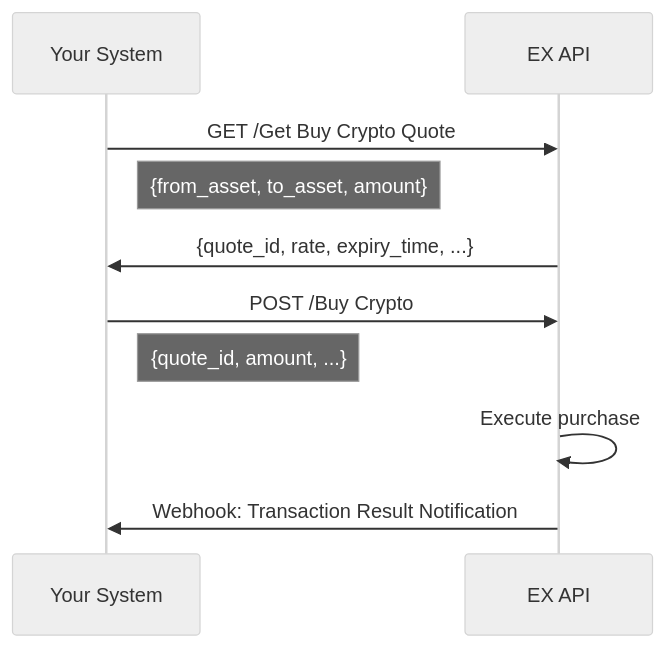
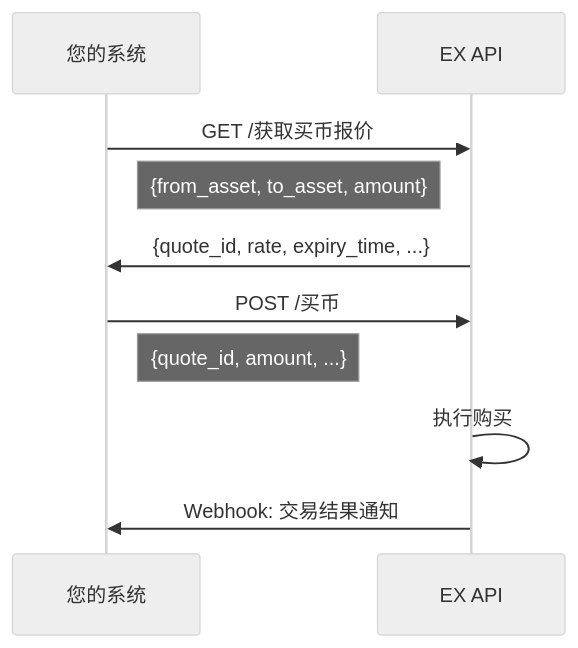
One commit to xiaoxiaoangie/EX-NEW changed diagram 13 of 16 in Solutions/solutions/crypto-solutions-cn.md. Above: the diagram before and after it, drawn with Mermaid (neutral theme). The commit also changed other lines of this file and 36 other files, not shown here.

````diff
--- a/Solutions/solutions/crypto-solutions-cn.md
+++ b/Solutions/solutions/crypto-solutions-cn.md
@@ -449,13 +449,13 @@
 ```mermaid
 sequenceDiagram
-    participant You as Your System
+    participant You as 您的系统
     participant EX as EX API
 
-    You->>EX: GET /Get Buy Crypto Quote
+    You->>EX: GET /获取买币报价
     Note right of You: {from_asset, to_asset, amount}
     EX->>You: {quote_id, rate, expiry_time, ...}
-    You->>EX: POST /Buy Crypto
+    You->>EX: POST /买币
     Note right of You: {quote_id, amount, ...}
-    EX->>EX: Execute purchase
-    EX->>You: Webhook: Transaction Result Notification
+    EX->>EX: 执行购买
+    EX->>You: Webhook: 交易结果通知
 ```
````
